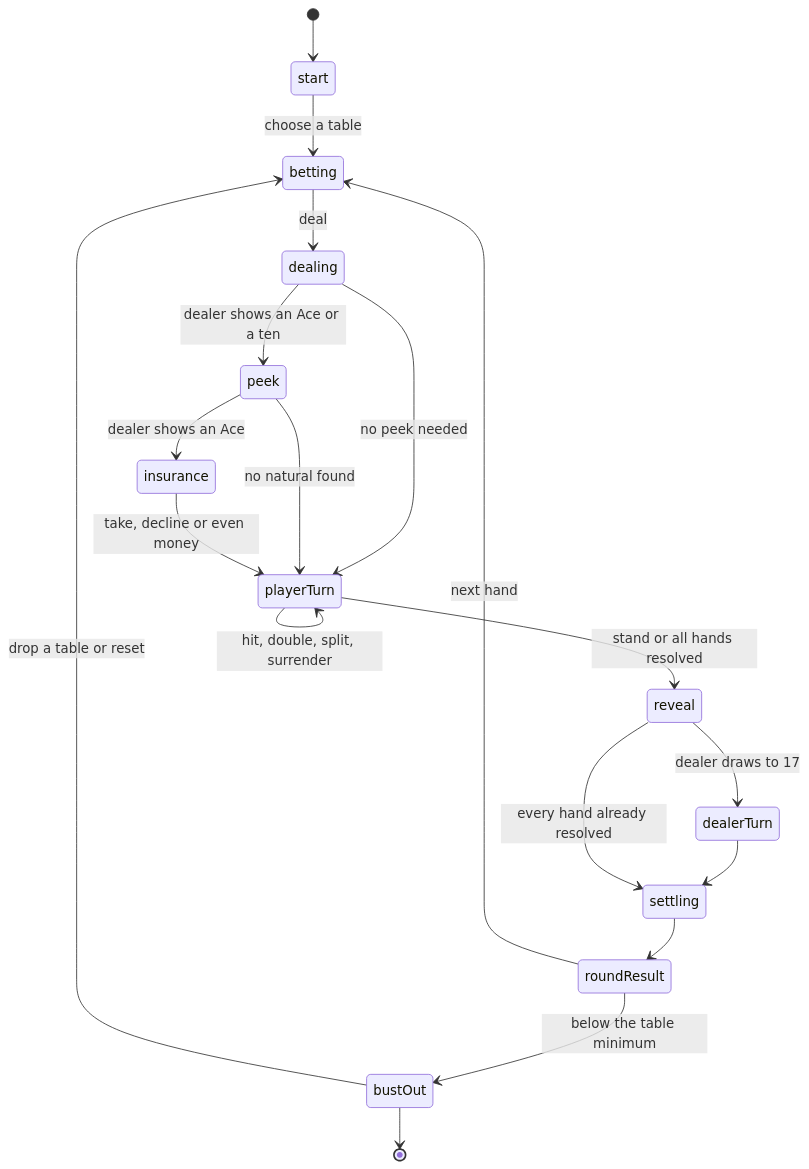
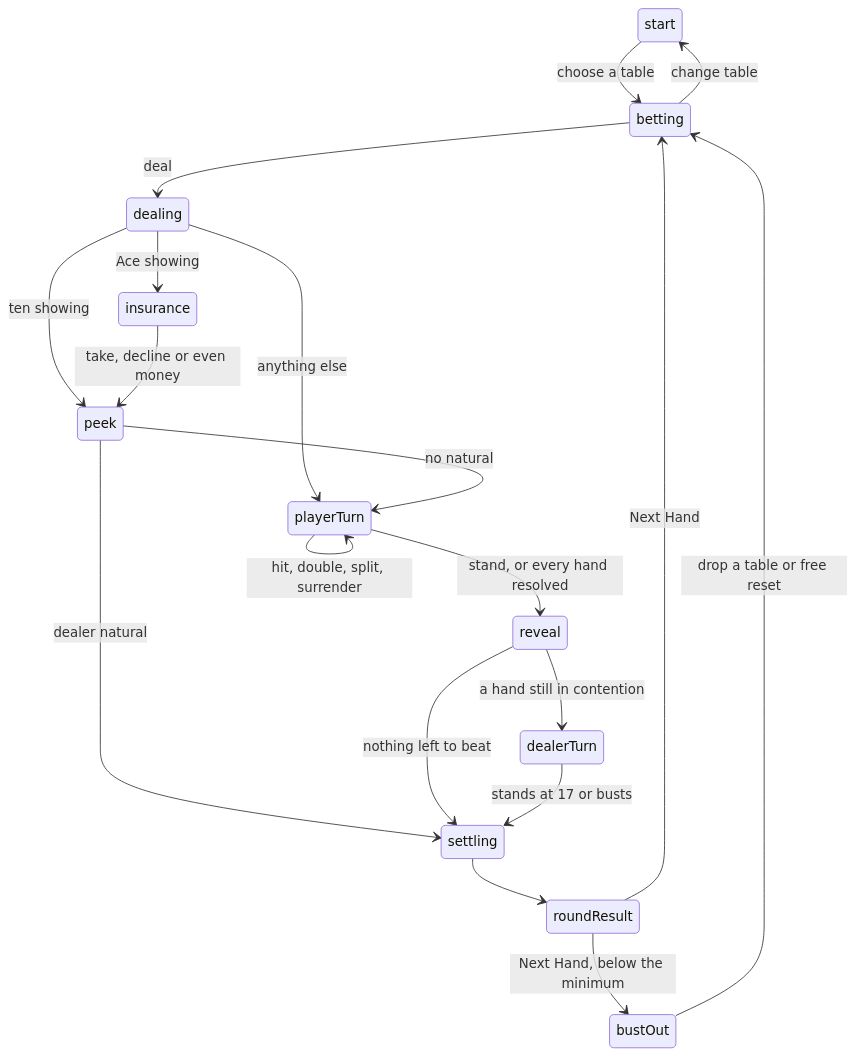
Before and after one commit to Elia-Youssef/blackjack-canvas-engine: the second of 2 diagrams in README.md, drawn with Mermaid. The commit also changed other lines of this file, not shown here.

````diff
--- a/README.md
+++ b/README.md
@@ -209,21 +173,22 @@
 ```mermaid
+%%{init: {"state": {"nodeSpacing": 30, "rankSpacing": 30}}}%%
 stateDiagram-v2
-    [*] --> start
     start --> betting: choose a table
+    betting --> start: change table
     betting --> dealing: deal
-    dealing --> peek: dealer shows an Ace or a ten
-    dealing --> playerTurn: no peek needed
-    peek --> insurance: dealer shows an Ace
-    peek --> playerTurn: no natural found
-    insurance --> playerTurn: take, decline or even money
+    dealing --> insurance: Ace showing
+    dealing --> peek: ten showing
+    dealing --> playerTurn: anything else
+    insurance --> peek: take, decline or even money
+    peek --> settling: dealer natural
+    peek --> playerTurn: no natural
     playerTurn --> playerTurn: hit, double, split, surrender
-    playerTurn --> reveal: stand or all hands resolved
-    reveal --> dealerTurn: dealer draws to 17
-    dealerTurn --> settling
-    reveal --> settling: every hand already resolved
+    playerTurn --> reveal: stand, or every hand resolved
+    reveal --> dealerTurn: a hand still in contention
+    reveal --> settling: nothing left to beat
+    dealerTurn --> settling: stands at 17 or busts
     settling --> roundResult
-    roundResult --> betting: next hand
-    roundResult --> bustOut: below the table minimum
-    bustOut --> betting: drop a table or reset
-    bustOut --> [*]
+    roundResult --> betting: Next Hand
+    roundResult --> bustOut: Next Hand, below the minimum
+    bustOut --> betting: drop a table or free reset
 ```
````
